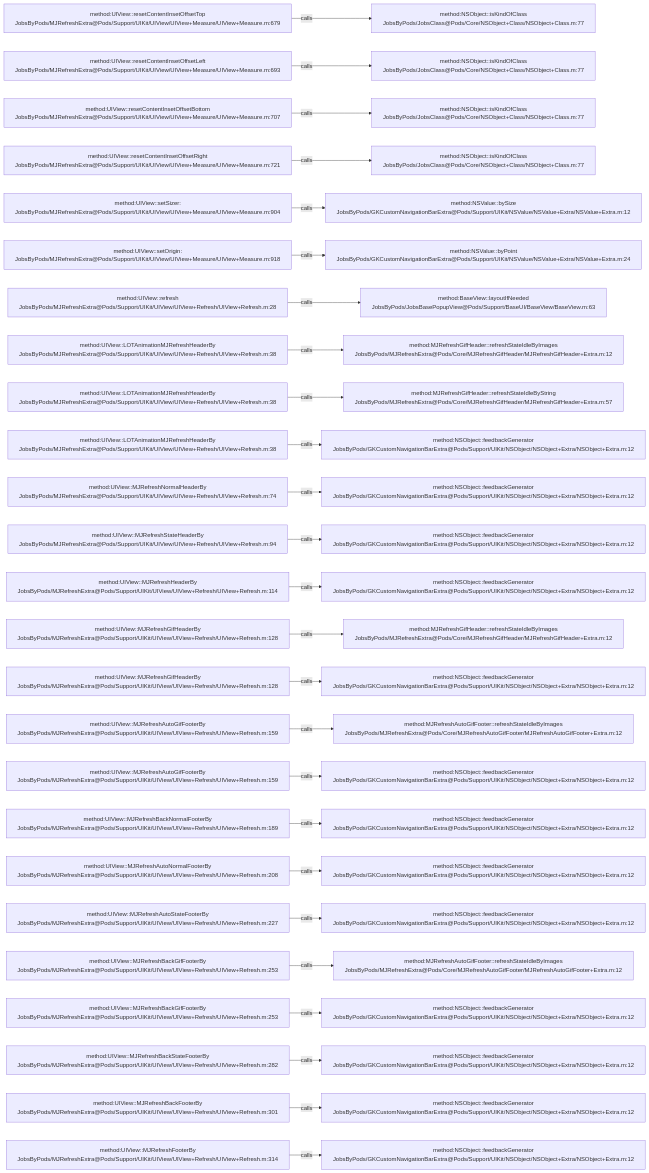
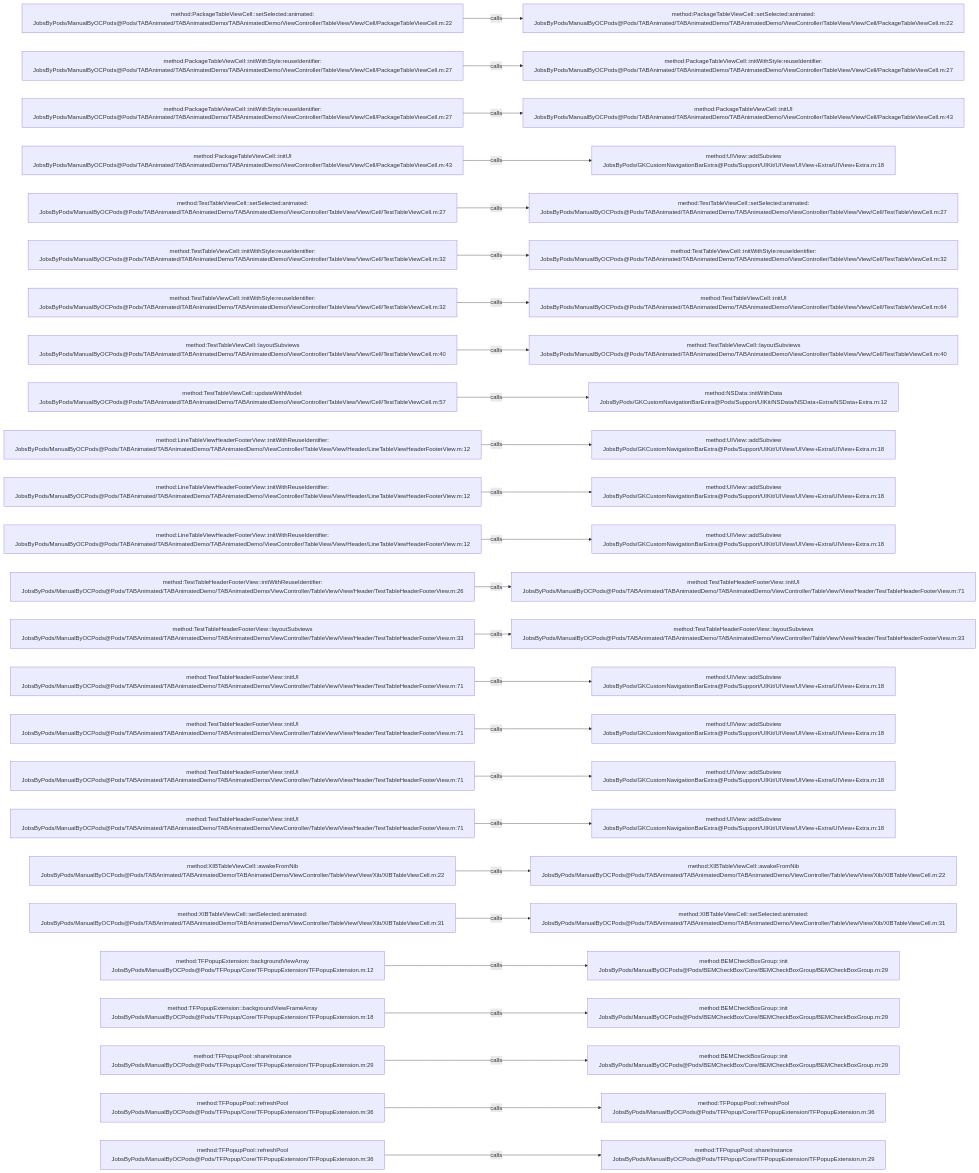
One commit to JobsKits/JobsOCBaseConfigDemo changed the diagram in .codegraph/codegraph.md/graphs/calls-175.md. Above: the diagram before and after it, drawn with Mermaid. The commit also changed 573 other files, not shown here.

````diff
--- a/.codegraph/codegraph.md/graphs/calls-175.md
+++ b/.codegraph/codegraph.md/graphs/calls-175.md
@@ -13,78 +13,78 @@
 ```mermaid
 flowchart LR
-  S1["method:UIView::resetContentInsetOffsetTop<br/>JobsByPods/MJRefreshExtra@Pods/Support/UIKit/UIView/UIView+Measure/UIView+Measure.m:679"]
-  T1["method:NSObject::isKindOfClass<br/>JobsByPods/JobsClass@Pods/Core/NSObject+Class/NSObject+Class.m:77"]
+  S1["method:PackageTableViewCell::setSelected:animated:<br/>JobsByPods/ManualByOCPods@Pods/TABAnimated/TABAnimatedDemo/TABAnimatedDemo/ViewController/TableView/View/Cell/PackageTableViewCell.m:22"]
+  T1["method:PackageTableViewCell::setSelected:animated:<br/>JobsByPods/ManualByOCPods@Pods/TABAnimated/TABAnimatedDemo/TABAnimatedDemo/ViewController/TableView/View/Cell/PackageTableViewCell.m:22"]
   S1 -->|calls| T1
-  S2["method:UIView::resetContentInsetOffsetLeft<br/>JobsByPods/MJRefreshExtra@Pods/Support/UIKit/UIView/UIView+Measure/UIView+Measure.m:693"]
-  T2["method:NSObject::isKindOfClass<br/>JobsByPods/JobsClass@Pods/Core/NSObject+Class/NSObject+Class.m:77"]
+  S2["method:PackageTableViewCell::initWithStyle:reuseIdentifier:<br/>JobsByPods/ManualByOCPods@Pods/TABAnimated/TABAnimatedDemo/TABAnimatedDemo/ViewController/TableView/View/Cell/PackageTableViewCell.m:27"]
+  T2["method:PackageTableViewCell::initWithStyle:reuseIdentifier:<br/>JobsByPods/ManualByOCPods@Pods/TABAnimated/TABAnimatedDemo/TABAnimatedDemo/ViewController/TableView/View/Cell/PackageTableViewCell.m:27"]
   S2 -->|calls| T2
-  S3["method:UIView::resetContentInsetOffsetBottom<br/>JobsByPods/MJRefreshExtra@Pods/Support/UIKit/UIView/UIView+Measure/UIView+Measure.m:707"]
-  T3["method:NSObject::isKindOfClass<br/>JobsByPods/JobsClass@Pods/Core/NSObject+Class/NSObject+Class.m:77"]
+  S3["method:PackageTableViewCell::initWithStyle:reuseIdentifier:<br/>JobsByPods/ManualByOCPods@Pods/TABAnimated/TABAnimatedDemo/TABAnimatedDemo/ViewController/TableView/View/Cell/PackageTableViewCell.m:27"]
+  T3["method:PackageTableViewCell::initUI<br/>JobsByPods/ManualByOCPods@Pods/TABAnimated/TABAnimatedDemo/TABAnimatedDemo/ViewController/TableView/View/Cell/PackageTableViewCell.m:43"]
   S3 -->|calls| T3
-  S4["method:UIView::resetContentInsetOffsetRight<br/>JobsByPods/MJRefreshExtra@Pods/Support/UIKit/UIView/UIView+Measure/UIView+Measure.m:721"]
-  T4["method:NSObject::isKindOfClass<br/>JobsByPods/JobsClass@Pods/Core/NSObject+Class/NSObject+Class.m:77"]
+  S4["method:PackageTableViewCell::initUI<br/>JobsByPods/ManualByOCPods@Pods/TABAnimated/TABAnimatedDemo/TABAnimatedDemo/ViewController/TableView/View/Cell/PackageTableViewCell.m:43"]
+  T4["method:UIView::addSubview<br/>JobsByPods/GKCustomNavigationBarExtra@Pods/Support/UIKit/UIView/UIView+Extra/UIView+Extra.m:18"]
   S4 -->|calls| T4
-  S5["method:UIView::setSizer:<br/>JobsByPods/MJRefreshExtra@Pods/Support/UIKit/UIView/UIView+Measure/UIView+Measure.m:904"]
-  T5["method:NSValue::bySize<br/>JobsByPods/GKCustomNavigationBarExtra@Pods/Support/UIKit/NSValue/NSValue+Extra/NSValue+Extra.m:12"]
+  S5["method:TestTableViewCell::setSelected:animated:<br/>JobsByPods/ManualByOCPods@Pods/TABAnimated/TABAnimatedDemo/TABAnimatedDemo/ViewController/TableView/View/Cell/TestTableViewCell.m:27"]
+  T5["method:TestTableViewCell::setSelected:animated:<br/>JobsByPods/ManualByOCPods@Pods/TABAnimated/TABAnimatedDemo/TABAnimatedDemo/ViewController/TableView/View/Cell/TestTableViewCell.m:27"]
   S5 -->|calls| T5
-  S6["method:UIView::setOrigin:<br/>JobsByPods/MJRefreshExtra@Pods/Support/UIKit/UIView/UIView+Measure/UIView+Measure.m:918"]
-  T6["method:NSValue::byPoint<br/>JobsByPods/GKCustomNavigationBarExtra@Pods/Support/UIKit/NSValue/NSValue+Extra/NSValue+Extra.m:24"]
+  S6["method:TestTableViewCell::initWithStyle:reuseIdentifier:<br/>JobsByPods/ManualByOCPods@Pods/TABAnimated/TABAnimatedDemo/TABAnimatedDemo/ViewController/TableView/View/Cell/TestTableViewCell.m:32"]
+  T6["method:TestTableViewCell::initWithStyle:reuseIdentifier:<br/>JobsByPods/ManualByOCPods@Pods/TABAnimated/TABAnimatedDemo/TABAnimatedDemo/ViewController/TableView/View/Cell/TestTableViewCell.m:32"]
   S6 -->|calls| T6
-  S7["method:UIView::refresh<br/>JobsByPods/MJRefreshExtra@Pods/Support/UIKit/UIView/UIView+Refresh/UIView+Refresh.m:28"]
-  T7["method:BaseView::layoutIfNeeded<br/>JobsByPods/JobsBasePopupView@Pods/Support/BaseUI/BaseView/BaseView.m:63"]
+  S7["method:TestTableViewCell::initWithStyle:reuseIdentifier:<br/>JobsByPods/ManualByOCPods@Pods/TABAnimated/TABAnimatedDemo/TABAnimatedDemo/ViewController/TableView/View/Cell/TestTableViewCell.m:32"]
+  T7["method:TestTableViewCell::initUI<br/>JobsByPods/ManualByOCPods@Pods/TABAnimated/TABAnimatedDemo/TABAnimatedDemo/ViewController/TableView/View/Cell/TestTableViewCell.m:64"]
   S7 -->|calls| T7
-  S8["method:UIView::LOTAnimationMJRefreshHeaderBy<br/>JobsByPods/MJRefreshExtra@Pods/Support/UIKit/UIView/UIView+Refresh/UIView+Refresh.m:38"]
-  T8["method:MJRefreshGifHeader::refreshStateIdleByImages<br/>JobsByPods/MJRefreshExtra@Pods/Core/MJRefreshGifHeader/MJRefreshGifHeader+Extra.m:12"]
+  S8["method:TestTableViewCell::layoutSubviews<br/>JobsByPods/ManualByOCPods@Pods/TABAnimated/TABAnimatedDemo/TABAnimatedDemo/ViewController/TableView/View/Cell/TestTableViewCell.m:40"]
+  T8["method:TestTableViewCell::layoutSubviews<br/>JobsByPods/ManualByOCPods@Pods/TABAnimated/TABAnimatedDemo/TABAnimatedDemo/ViewController/TableView/View/Cell/TestTableViewCell.m:40"]
   S8 -->|calls| T8
-  S9["method:UIView::LOTAnimationMJRefreshHeaderBy<br/>JobsByPods/MJRefreshExtra@Pods/Support/UIKit/UIView/UIView+Refresh/UIView+Refresh.m:38"]
-  T9["method:MJRefreshGifHeader::refreshStateIdleByString<br/>JobsByPods/MJRefreshExtra@Pods/Core/MJRefreshGifHeader/MJRefreshGifHeader+Extra.m:57"]
+  S9["method:TestTableViewCell::updateWithModel:<br/>JobsByPods/ManualByOCPods@Pods/TABAnimated/TABAnimatedDemo/TABAnimatedDemo/ViewController/TableView/View/Cell/TestTableViewCell.m:57"]
+  T9["method:NSData::initWithData<br/>JobsByPods/GKCustomNavigationBarExtra@Pods/Support/UIKit/NSData/NSData+Extra/NSData+Extra.m:12"]
   S9 -->|calls| T9
-  S10["method:UIView::LOTAnimationMJRefreshHeaderBy<br/>JobsByPods/MJRefreshExtra@Pods/Support/UIKit/UIView/UIView+Refresh/UIView+Refresh.m:38"]
-  T10["method:NSObject::feedbackGenerator<br/>JobsByPods/GKCustomNavigationBarExtra@Pods/Support/UIKit/NSObject/NSObject+Extra/NSObject+Extra.m:12"]
+  S10["method:LineTableViewHeaderFooterView::initWithReuseIdentifier:<br/>JobsByPods/ManualByOCPods@Pods/TABAnimated/TABAnimatedDemo/TABAnimatedDemo/ViewController/TableView/View/Header/LineTableViewHeaderFooterView.m:12"]
+  T10["method:UIView::addSubview<br/>JobsByPods/GKCustomNavigationBarExtra@Pods/Support/UIKit/UIView/UIView+Extra/UIView+Extra.m:18"]
   S10 -->|calls| T10
-  S11["method:UIView::MJRefreshNormalHeaderBy<br/>JobsByPods/MJRefreshExtra@Pods/Support/UIKit/UIView/UIView+Refresh/UIView+Refresh.m:74"]
-  T11["method:NSObject::feedbackGenerator<br/>JobsByPods/GKCustomNavigationBarExtra@Pods/Support/UIKit/NSObject/NSObject+Extra/NSObject+Extra.m:12"]
+  S11["method:LineTableViewHeaderFooterView::initWithReuseIdentifier:<br/>JobsByPods/ManualByOCPods@Pods/TABAnimated/TABAnimatedDemo/TABAnimatedDemo/ViewController/TableView/View/Header/LineTableViewHeaderFooterView.m:12"]
+  T11["method:UIView::addSubview<br/>JobsByPods/GKCustomNavigationBarExtra@Pods/Support/UIKit/UIView/UIView+Extra/UIView+Extra.m:18"]
   S11 -->|calls| T11
-  S12["method:UIView::MJRefreshStateHeaderBy<br/>JobsByPods/MJRefreshExtra@Pods/Support/UIKit/UIView/UIView+Refresh/UIView+Refresh.m:94"]
-  T12["method:NSObject::feedbackGenerator<br/>JobsByPods/GKCustomNavigationBarExtra@Pods/Support/UIKit/NSObject/NSObject+Extra/NSObject+Extra.m:12"]
+  S12["method:LineTableViewHeaderFooterView::initWithReuseIdentifier:<br/>JobsByPods/ManualByOCPods@Pods/TABAnimated/TABAnimatedDemo/TABAnimatedDemo/ViewController/TableView/View/Header/LineTableViewHeaderFooterView.m:12"]
+  T12["method:UIView::addSubview<br/>JobsByPods/GKCustomNavigationBarExtra@Pods/Support/UIKit/UIView/UIView+Extra/UIView+Extra.m:18"]
   S12 -->|calls| T12
-  S13["method:UIView::MJRefreshHeaderBy<br/>JobsByPods/MJRefreshExtra@Pods/Support/UIKit/UIView/UIView+Refresh/UIView+Refresh.m:114"]
-  T13["method:NSObject::feedbackGenerator<br/>JobsByPods/GKCustomNavigationBarExtra@Pods/Support/UIKit/NSObject/NSObject+Extra/NSObject+Extra.m:12"]
+  S13["method:TestTableHeaderFooterView::initWithReuseIdentifier:<br/>JobsByPods/ManualByOCPods@Pods/TABAnimated/TABAnimatedDemo/TABAnimatedDemo/ViewController/TableView/View/Header/TestTableHeaderFooterView.m:26"]
+  T13["method:TestTableHeaderFooterView::initUI<br/>JobsByPods/ManualByOCPods@Pods/TABAnimated/TABAnimatedDemo/TABAnimatedDemo/ViewController/TableView/View/Header/TestTableHeaderFooterView.m:71"]
   S13 -->|calls| T13
-  S14["method:UIView::MJRefreshGifHeaderBy<br/>JobsByPods/MJRefreshExtra@Pods/Support/UIKit/UIView/UIView+Refresh/UIView+Refresh.m:128"]
-  T14["method:MJRefreshGifHeader::refreshStateIdleByImages<br/>JobsByPods/MJRefreshExtra@Pods/Core/MJRefreshGifHeader/MJRefreshGifHeader+Extra.m:12"]
+  S14["method:TestTableHeaderFooterView::layoutSubviews<br/>JobsByPods/ManualByOCPods@Pods/TABAnimated/TABAnimatedDemo/TABAnimatedDemo/ViewController/TableView/View/Header/TestTableHeaderFooterView.m:33"]
+  T14["method:TestTableHeaderFooterView::layoutSubviews<br/>JobsByPods/ManualByOCPods@Pods/TABAnimated/TABAnimatedDemo/TABAnimatedDemo/ViewController/TableView/View/Header/TestTableHeaderFooterView.m:33"]
   S14 -->|calls| T14
-  S15["method:UIView::MJRefreshGifHeaderBy<br/>JobsByPods/MJRefreshExtra@Pods/Support/UIKit/UIView/UIView+Refresh/UIView+Refresh.m:128"]
-  T15["method:NSObject::feedbackGenerator<br/>JobsByPods/GKCustomNavigationBarExtra@Pods/Support/UIKit/NSObject/NSObject+Extra/NSObject+Extra.m:12"]
+  S15["method:TestTableHeaderFooterView::initUI<br/>JobsByPods/ManualByOCPods@Pods/TABAnimated/TABAnimatedDemo/TABAnimatedDemo/ViewController/TableView/View/Header/TestTableHeaderFooterView.m:71"]
+  T15["method:UIView::addSubview<br/>JobsByPods/GKCustomNavigationBarExtra@Pods/Support/UIKit/UIView/UIView+Extra/UIView+Extra.m:18"]
   S15 -->|calls| T15
-  S16["method:UIView::MJRefreshAutoGifFooterBy<br/>JobsByPods/MJRefreshExtra@Pods/Support/UIKit/UIView/UIView+Refresh/UIView+Refresh.m:159"]
-  T16["method:MJRefreshAutoGifFooter::refreshStateIdleByImages<br/>JobsByPods/MJRefreshExtra@Pods/Core/MJRefreshAutoGifFooter/MJRefreshAutoGifFooter+Extra.m:12"]
+  S16["method:TestTableHeaderFooterView::initUI<br/>JobsByPods/ManualByOCPods@Pods/TABAnimated/TABAnimatedDemo/TABAnimatedDemo/ViewController/TableView/View/Header/TestTableHeaderFooterView.m:71"]
+  T16["method:UIView::addSubview<br/>JobsByPods/GKCustomNavigationBarExtra@Pods/Support/UIKit/UIView/UIView+Extra/UIView+Extra.m:18"]
   S16 -->|calls| T16
-  S17["method:UIView::MJRefreshAutoGifFooterBy<br/>JobsByPods/MJRefreshExtra@Pods/Support/UIKit/UIView/UIView+Refresh/UIView+Refresh.m:159"]
-  T17["method:NSObject::feedbackGenerator<br/>JobsByPods/GKCustomNavigationBarExtra@Pods/Support/UIKit/NSObject/NSObject+Extra/NSObject+Extra.m:12"]
+  S17["method:TestTableHeaderFooterView::initUI<br/>JobsByPods/ManualByOCPods@Pods/TABAnimated/TABAnimatedDemo/TABAnimatedDemo/ViewController/TableView/View/Header/TestTableHeaderFooterView.m:71"]
+  T17["method:UIView::addSubview<br/>JobsByPods/GKCustomNavigationBarExtra@Pods/Support/UIKit/UIView/UIView+Extra/UIView+Extra.m:18"]
   S17 -->|calls| T17
-  S18["method:UIView::MJRefreshBackNormalFooterBy<br/>JobsByPods/MJRefreshExtra@Pods/Support/UIKit/UIView/UIView+Refresh/UIView+Refresh.m:189"]
-  T18["method:NSObject::feedbackGenerator<br/>JobsByPods/GKCustomNavigationBarExtra@Pods/Support/UIKit/NSObject/NSObject+Extra/NSObject+Extra.m:12"]
+  S18["method:TestTableHeaderFooterView::initUI<br/>JobsByPods/ManualByOCPods@Pods/TABAnimated/TABAnimatedDemo/TABAnimatedDemo/ViewController/TableView/View/Header/TestTableHeaderFooterView.m:71"]
+  T18["method:UIView::addSubview<br/>JobsByPods/GKCustomNavigationBarExtra@Pods/Support/UIKit/UIView/UIView+Extra/UIView+Extra.m:18"]
   S18 -->|calls| T18
-  S19["method:UIView::MJRefreshAutoNormalFooterBy<br/>JobsByPods/MJRefreshExtra@Pods/Support/UIKit/UIView/UIView+Refresh/UIView+Refresh.m:208"]
-  T19["method:NSObject::feedbackGenerator<br/>JobsByPods/GKCustomNavigationBarExtra@Pods/Support/UIKit/NSObject/NSObject+Extra/NSObject+Extra.m:12"]
+  S19["method:XIBTableViewCell::awakeFromNib<br/>JobsByPods/ManualByOCPods@Pods/TABAnimated/TABAnimatedDemo/TABAnimatedDemo/ViewController/TableView/View/Xib/XIBTableViewCell.m:22"]
+  T19["method:XIBTableViewCell::awakeFromNib<br/>JobsByPods/ManualByOCPods@Pods/TABAnimated/TABAnimatedDemo/TABAnimatedDemo/ViewController/TableView/View/Xib/XIBTableViewCell.m:22"]
   S19 -->|calls| T19
-  S20["method:UIView::MJRefreshAutoStateFooterBy<br/>JobsByPods/MJRefreshExtra@Pods/Support/UIKit/UIView/UIView+Refresh/UIView+Refresh.m:227"]
-  T20["method:NSObject::feedbackGenerator<br/>JobsByPods/GKCustomNavigationBarExtra@Pods/Support/UIKit/NSObject/NSObject+Extra/NSObject+Extra.m:12"]
+  S20["method:XIBTableViewCell::setSelected:animated:<br/>JobsByPods/ManualByOCPods@Pods/TABAnimated/TABAnimatedDemo/TABAnimatedDemo/ViewController/TableView/View/Xib/XIBTableViewCell.m:31"]
+  T20["method:XIBTableViewCell::setSelected:animated:<br/>JobsByPods/ManualByOCPods@Pods/TABAnimated/TABAnimatedDemo/TABAnimatedDemo/ViewController/TableView/View/Xib/XIBTableViewCell.m:31"]
   S20 -->|calls| T20
-  S21["method:UIView::MJRefreshBackGifFooterBy<br/>JobsByPods/MJRefreshExtra@Pods/Support/UIKit/UIView/UIView+Refresh/UIView+Refresh.m:253"]
-  T21["method:MJRefreshAutoGifFooter::refreshStateIdleByImages<br/>JobsByPods/MJRefreshExtra@Pods/Core/MJRefreshAutoGifFooter/MJRefreshAutoGifFooter+Extra.m:12"]
+  S21["method:TFPopupExtension::backgroundViewArray<br/>JobsByPods/ManualByOCPods@Pods/TFPopup/Core/TFPopupExtension/TFPopupExtension.m:12"]
+  T21["method:BEMCheckBoxGroup::init<br/>JobsByPods/ManualByOCPods@Pods/BEMCheckBox/Core/BEMCheckBoxGroup/BEMCheckBoxGroup.m:29"]
   S21 -->|calls| T21
-  S22["method:UIView::MJRefreshBackGifFooterBy<br/>JobsByPods/MJRefreshExtra@Pods/Support/UIKit/UIView/UIView+Refresh/UIView+Refresh.m:253"]
-  T22["method:NSObject::feedbackGenerator<br/>JobsByPods/GKCustomNavigationBarExtra@Pods/Support/UIKit/NSObject/NSObject+Extra/NSObject+Extra.m:12"]
+  S22["method:TFPopupExtension::backgroundViewFrameArray<br/>JobsByPods/ManualByOCPods@Pods/TFPopup/Core/TFPopupExtension/TFPopupExtension.m:18"]
+  T22["method:BEMCheckBoxGroup::init<br/>JobsByPods/ManualByOCPods@Pods/BEMCheckBox/Core/BEMCheckBoxGroup/BEMCheckBoxGroup.m:29"]
   S22 -->|calls| T22
-  S23["method:UIView::MJRefreshBackStateFooterBy<br/>JobsByPods/MJRefreshExtra@Pods/Support/UIKit/UIView/UIView+Refresh/UIView+Refresh.m:282"]
-  T23["method:NSObject::feedbackGenerator<br/>JobsByPods/GKCustomNavigationBarExtra@Pods/Support/UIKit/NSObject/NSObject+Extra/NSObject+Extra.m:12"]
+  S23["method:TFPopupPool::shareInstance<br/>JobsByPods/ManualByOCPods@Pods/TFPopup/Core/TFPopupExtension/TFPopupExtension.m:29"]
+  T23["method:BEMCheckBoxGroup::init<br/>JobsByPods/ManualByOCPods@Pods/BEMCheckBox/Core/BEMCheckBoxGroup/BEMCheckBoxGroup.m:29"]
   S23 -->|calls| T23
-  S24["method:UIView::MJRefreshBackFooterBy<br/>JobsByPods/MJRefreshExtra@Pods/Support/UIKit/UIView/UIView+Refresh/UIView+Refresh.m:301"]
-  T24["method:NSObject::feedbackGenerator<br/>JobsByPods/GKCustomNavigationBarExtra@Pods/Support/UIKit/NSObject/NSObject+Extra/NSObject+Extra.m:12"]
+  S24["method:TFPopupPool::refreshPool<br/>JobsByPods/ManualByOCPods@Pods/TFPopup/Core/TFPopupExtension/TFPopupExtension.m:36"]
+  T24["method:TFPopupPool::refreshPool<br/>JobsByPods/ManualByOCPods@Pods/TFPopup/Core/TFPopupExtension/TFPopupExtension.m:36"]
   S24 -->|calls| T24
-  S25["method:UIView::MJRefreshFooterBy<br/>JobsByPods/MJRefreshExtra@Pods/Support/UIKit/UIView/UIView+Refresh/UIView+Refresh.m:314"]
-  T25["method:NSObject::feedbackGenerator<br/>JobsByPods/GKCustomNavigationBarExtra@Pods/Support/UIKit/NSObject/NSObject+Extra/NSObject+Extra.m:12"]
+  S25["method:TFPopupPool::refreshPool<br/>JobsByPods/ManualByOCPods@Pods/TFPopup/Core/TFPopupExtension/TFPopupExtension.m:36"]
+  T25["method:TFPopupPool::shareInstance<br/>JobsByPods/ManualByOCPods@Pods/TFPopup/Core/TFPopupExtension/TFPopupExtension.m:29"]
   S25 -->|calls| T25
 ```
````
